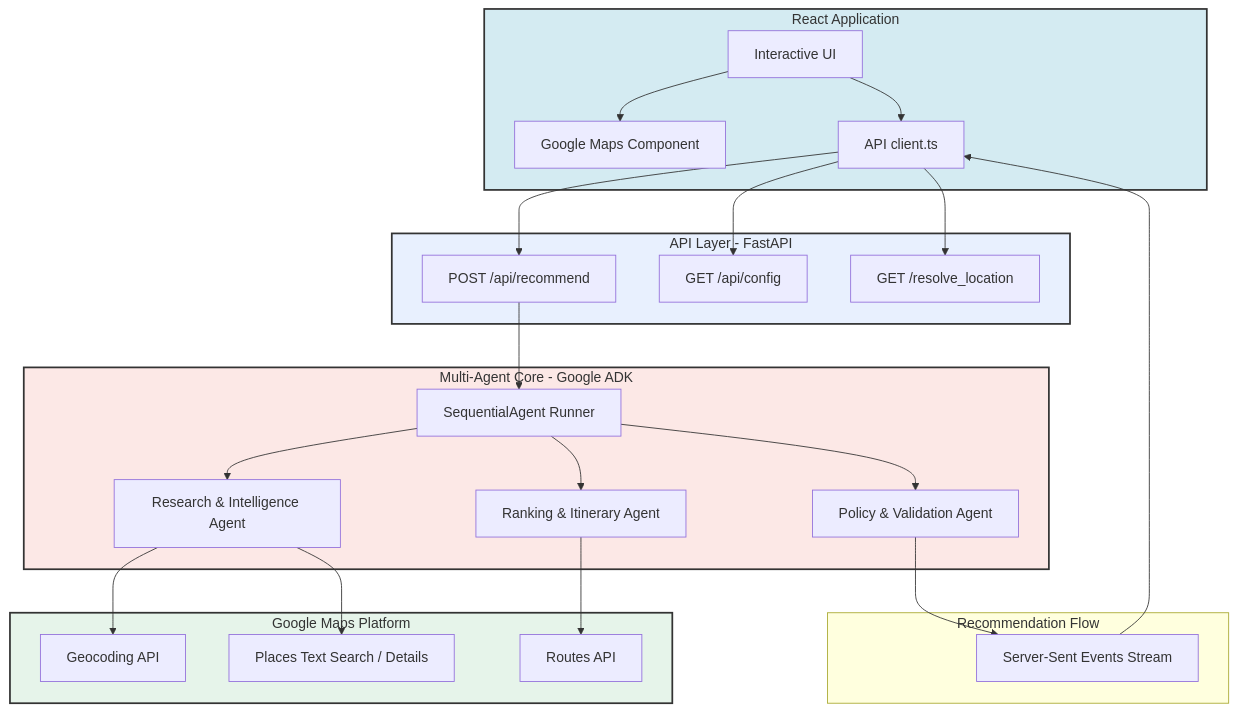
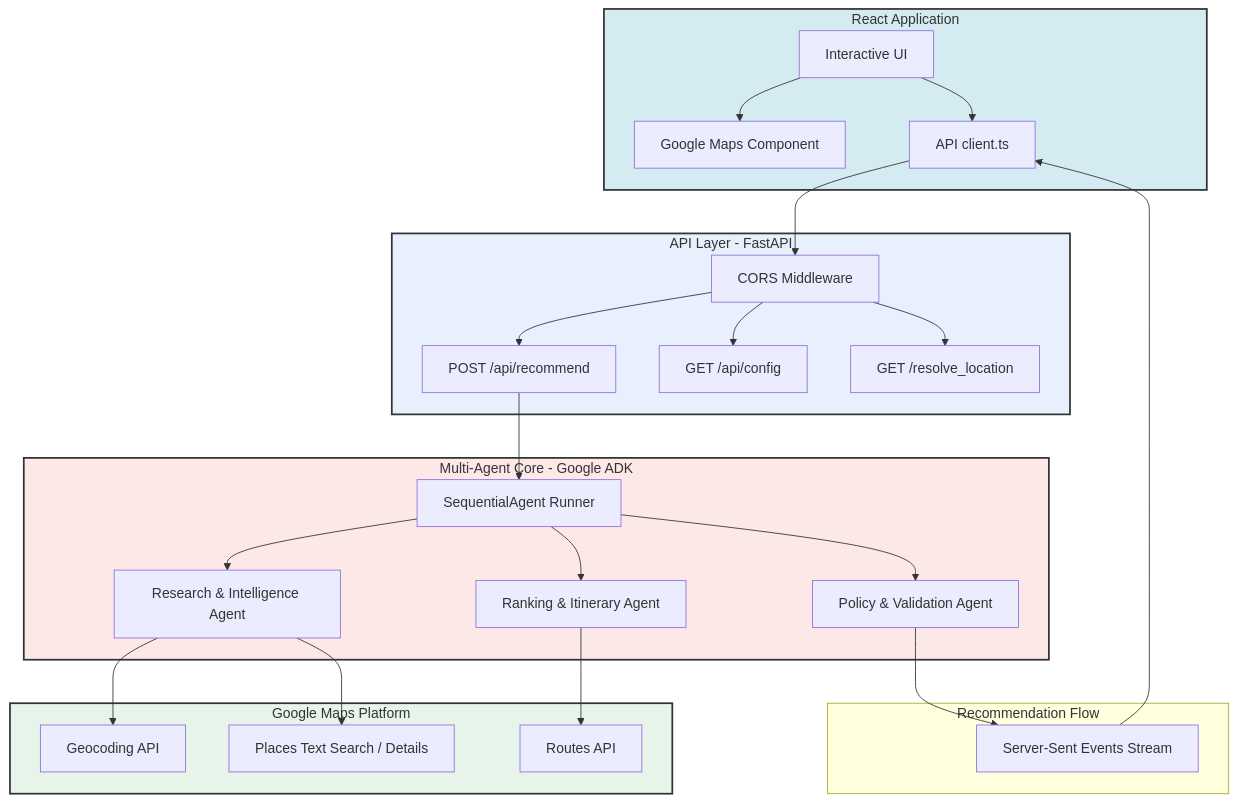
The diagram in README.md (obscrivn/travelwell-ai), drawn with Mermaid before and after one commit. The commit also changed other lines of this file and 1 other file, not shown here.

````diff
--- a/README.md
+++ b/README.md
@@ -47,36 +49,37 @@
 ```mermaid
 graph TD
     subgraph Frontend [React Application]
         UI[Interactive UI] --> Map[Google Maps Component]
         UI --> Client[API client.ts]
     end
 
     subgraph API [API Layer - FastAPI]
-        Client --> RecRoute[POST /api/recommend]
-        Client --> ConfigRoute[GET /api/config]
-        Client --> GeocodeRoute[GET /resolve_location]
+        Client --> CORS[CORS Middleware]
+        CORS --> RecRoute[POST /api/recommend]
+        CORS --> ConfigRoute[GET /api/config]
+        CORS --> GeocodeRoute[GET /resolve_location]
     end
 
     subgraph Agents [Multi-Agent Core - Google ADK]
         RecRoute --> SeqRunner[SequentialAgent Runner]
         SeqRunner --> ResearchAgent[Research & Intelligence Agent]
         SeqRunner --> RankingAgent[Ranking & Itinerary Agent]
         SeqRunner --> PolicyAgent[Policy & Validation Agent]
     end
 
     subgraph External [Google Maps Platform]
         ResearchAgent --> Geocoding[Geocoding API]
         ResearchAgent --> Places[Places Text Search / Details]
         RankingAgent --> Routes[Routes API]
     end
 
     subgraph Responses [Recommendation Flow]
         PolicyAgent --> SSE[Server-Sent Events Stream]
         SSE --> Client
     end
 
     style Frontend fill:#d4ebf2,stroke:#333,stroke-width:2px
     style API fill:#e8f0fe,stroke:#333,stroke-width:2px
     style Agents fill:#fce8e6,stroke:#333,stroke-width:2px
     style External fill:#e6f4ea,stroke:#333,stroke-width:2px
 ```
````
